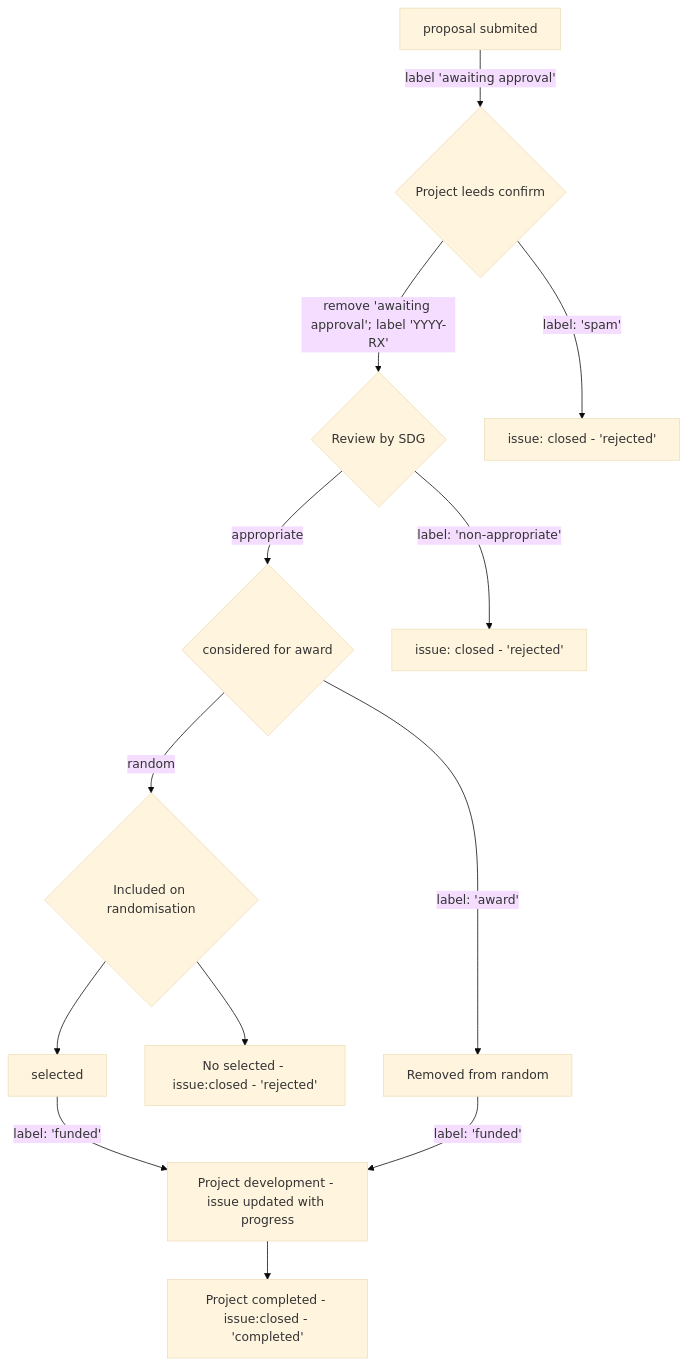
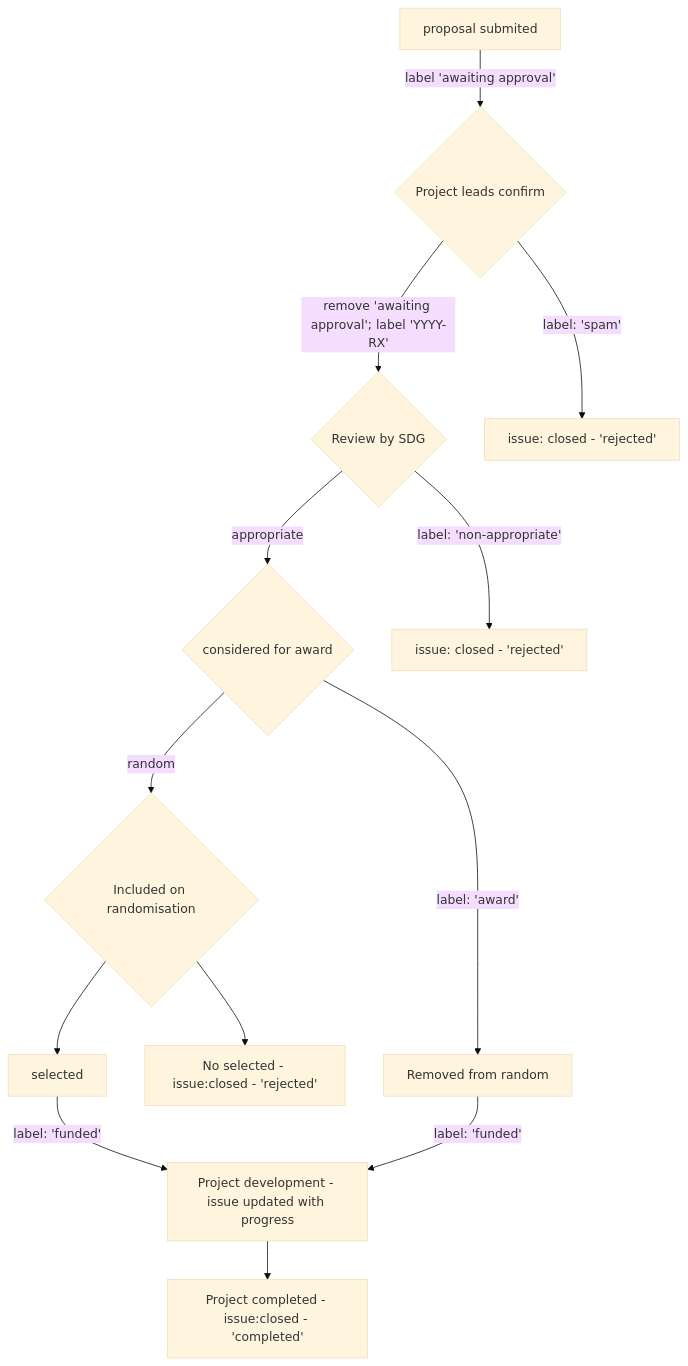
One commit to numfocus/small-development-grant-proposals changed the diagram in README.md. Above: the diagram before and after it, drawn with Mermaid (base theme). The commit also changed other lines of this file and 12 other files, not shown here.

````diff
--- a/README.md
+++ b/README.md
@@ -39,15 +41,15 @@
 ```mermaid
 flowchart TD
-    A[proposal submited] -->|label 'awaiting approval'| B{Project leeds confirm}
+    A[proposal submited] -->|label 'awaiting approval'| B{Project leads confirm}
     B --> |remove 'awaiting approval'; label 'YYYY-RX'| C{Review by SDG}
     B --> |label: 'spam'| D[issue: closed - 'rejected']
     C -->|appropriate| E{considered for award}
     C -->|label: 'non-appropriate'| F[issue: closed - 'rejected']
     E -->|random| G{Included on randomisation}
     E -->|label: 'award'| H[Removed from random]
     G --> I[selected]
     G --> J[No selected - issue:closed - 'rejected']
     I --> |label: 'funded'| K[Project development - issue updated with progress]
     H --> |label: 'funded'| K
     K --> L[Project completed - issue:closed - 'completed']
 ```
````
